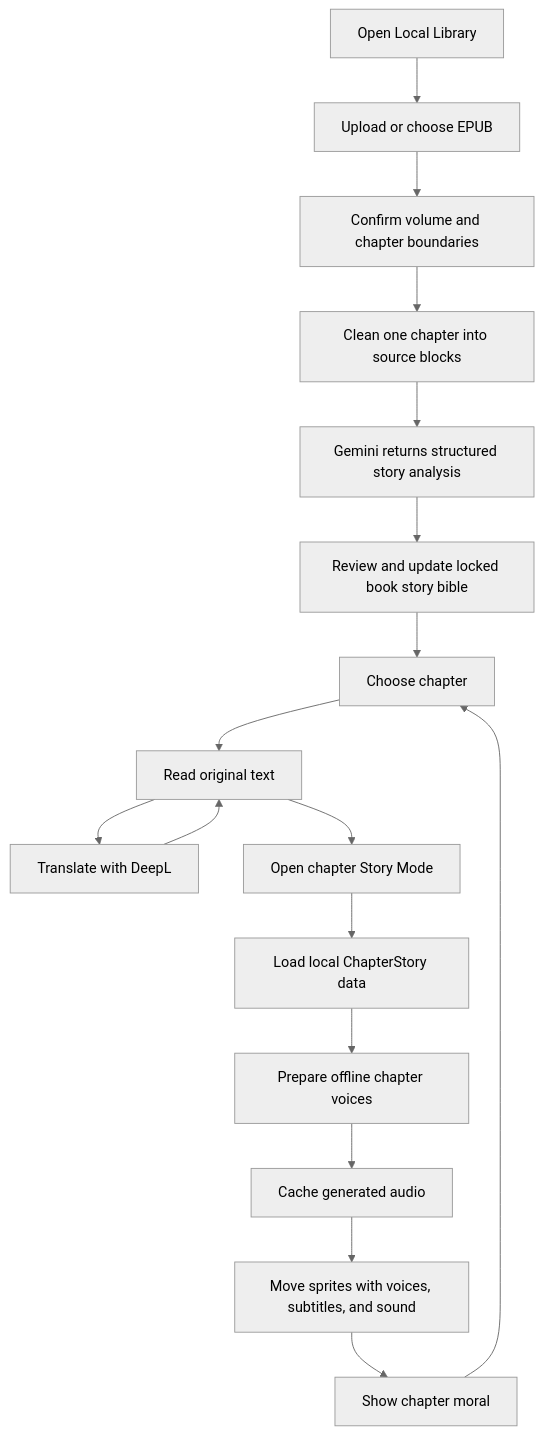
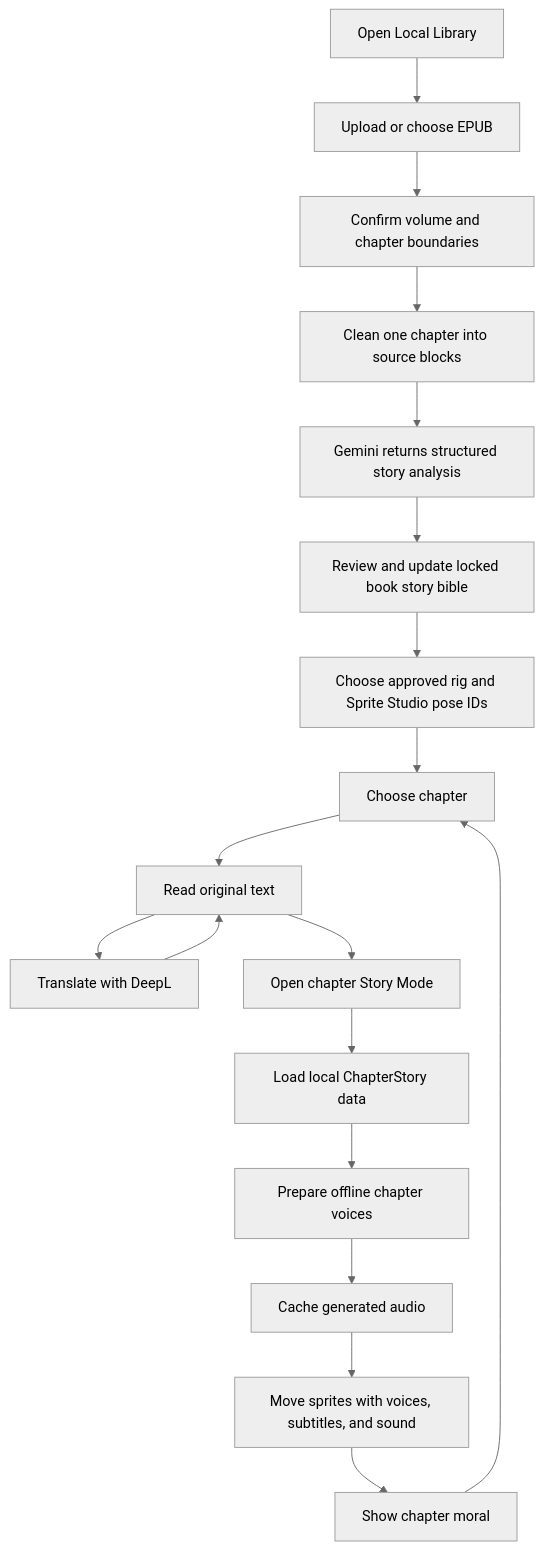
One commit to Jbeloz/StoryTale changed the diagram in docs/APP_FLOW.md. Above: the diagram before and after it, drawn with Mermaid (neutral theme). The commit also changed 211 other files, not shown here.

Commit message:
checkpoint: add Sprite Studio foundation

````diff
--- a/docs/APP_FLOW.md
+++ b/docs/APP_FLOW.md
@@ -3,19 +3,20 @@
 ```mermaid
 flowchart TD
     A["Open Local Library"] --> B["Upload or choose EPUB"]
     B --> P["Confirm volume and chapter boundaries"]
     P --> R["Clean one chapter into source blocks"]
     R --> S["Gemini returns structured story analysis"]
     S --> Q["Review and update locked book story bible"]
-    Q --> C["Choose chapter"]
+    Q --> T["Choose approved rig and Sprite Studio pose IDs"]
+    T --> C["Choose chapter"]
     C --> D["Read original text"]
     D --> E["Translate with DeepL"]
     D --> G["Open chapter Story Mode"]
     G --> H["Load local ChapterStory data"]
     H --> F["Prepare offline chapter voices"]
     F --> K["Cache generated audio"]
     K --> I["Move sprites with voices, subtitles, and sound"]
     I --> J["Show chapter moral"]
     E --> D
     J --> C
 ```
````
